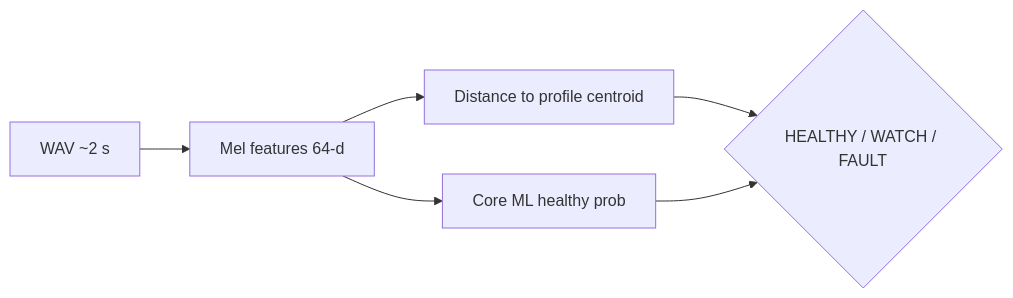
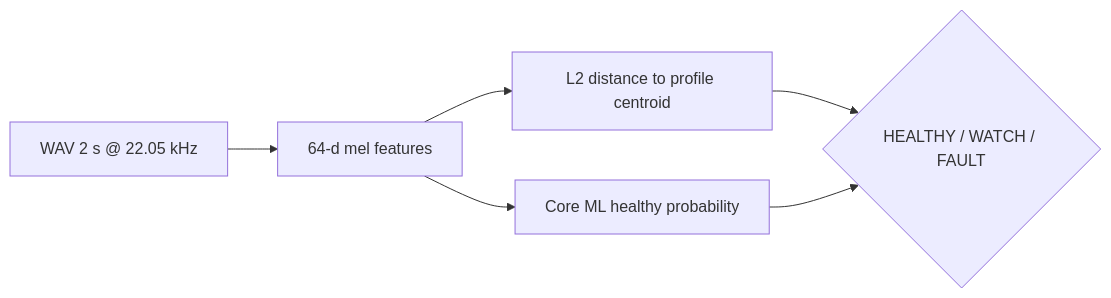
One commit to chaffybird56/clink changed the diagram in README.md. Above: the diagram before and after it, drawn with Mermaid. The commit also changed other lines of this file and 53 other files, not shown here.

````diff
--- a/README.md
+++ b/README.md
@@ -17,8 +32,8 @@
 ```mermaid
 flowchart LR
-  A[WAV ~2 s] --> B[Mel features 64-d]
-  B --> C[Distance to profile centroid]
-  B --> D[Core ML healthy prob]
+  A[WAV 2 s @ 22.05 kHz] --> B[64-d mel features]
+  B --> C[L2 distance to profile centroid]
+  B --> D[Core ML healthy probability]
   C --> E{HEALTHY / WATCH / FAULT}
   D --> E
 ```
````
